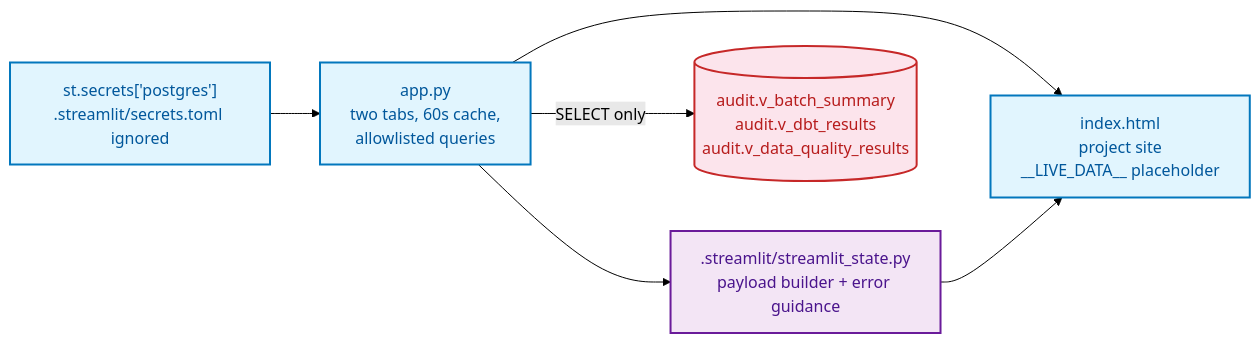
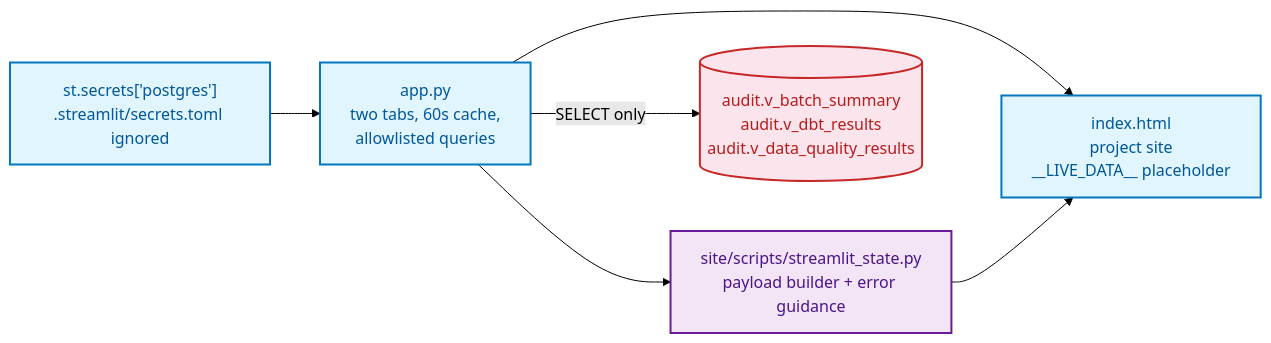
One commit to Nitinx12/Fleet-dbt-warehouse changed the seventh of 7 diagrams in ARCHITECTURE.md. Above: the diagram before and after it, drawn with Mermaid (forest theme). The commit also changed other lines of this file and 21 other files, not shown here.

Commit message:
refactor(site): move site scripts and build output under site

````diff
--- a/ARCHITECTURE.md
+++ b/ARCHITECTURE.md
@@ -366,18 +366,18 @@
 ```mermaid
 flowchart LR
     classDef ui fill:#e1f5fe,stroke:#0277bd,stroke-width:2px,color:#01579b
     classDef helper fill:#f3e5f5,stroke:#6a1b9a,stroke-width:2px,color:#4a148c
     classDef audit fill:#fce4ec,stroke:#c62828,stroke-width:2px,color:#b71c1c
 
     APP["app.py<br/>two tabs, 60s cache,<br/>allowlisted queries"]:::ui
     HTML["index.html<br/>project site<br/>__LIVE_DATA__ placeholder"]:::ui
-    STATE[".streamlit/streamlit_state.py<br/>payload builder + error guidance"]:::helper
+    STATE["site/scripts/streamlit_state.py<br/>payload builder + error guidance"]:::helper
     SECRETS["st.secrets['postgres']<br/>.streamlit/secrets.toml ignored"]:::ui
     VIEWS[("audit.v_batch_summary<br/>audit.v_dbt_results<br/>audit.v_data_quality_results")]:::audit
 
     APP --> HTML
     APP --> STATE
     STATE --> HTML
     SECRETS --> APP
     APP -->|SELECT only| VIEWS
 ```
````
